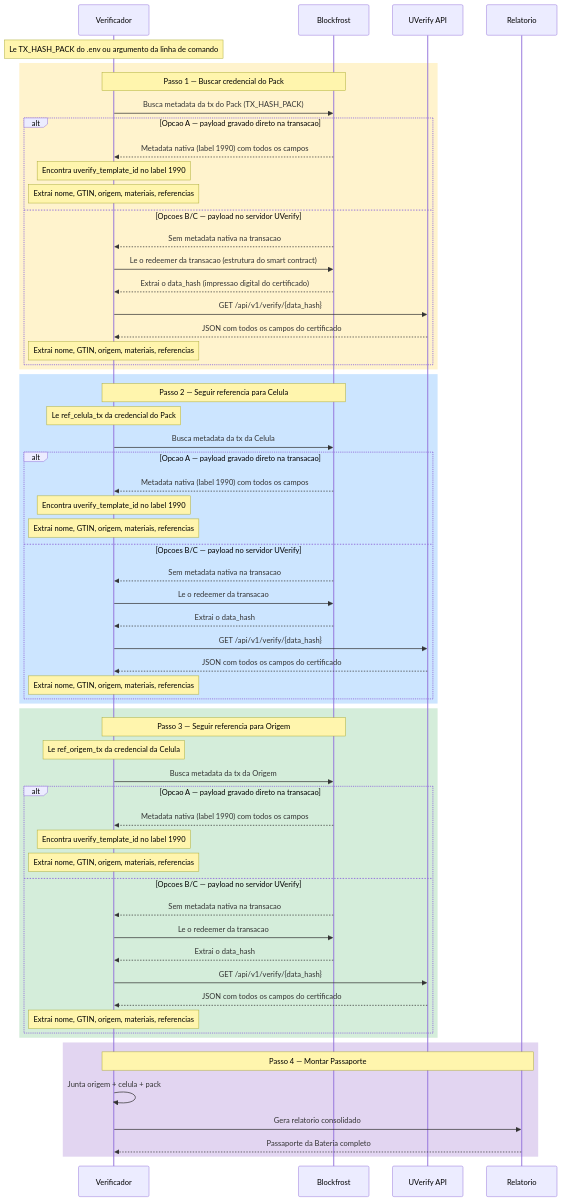
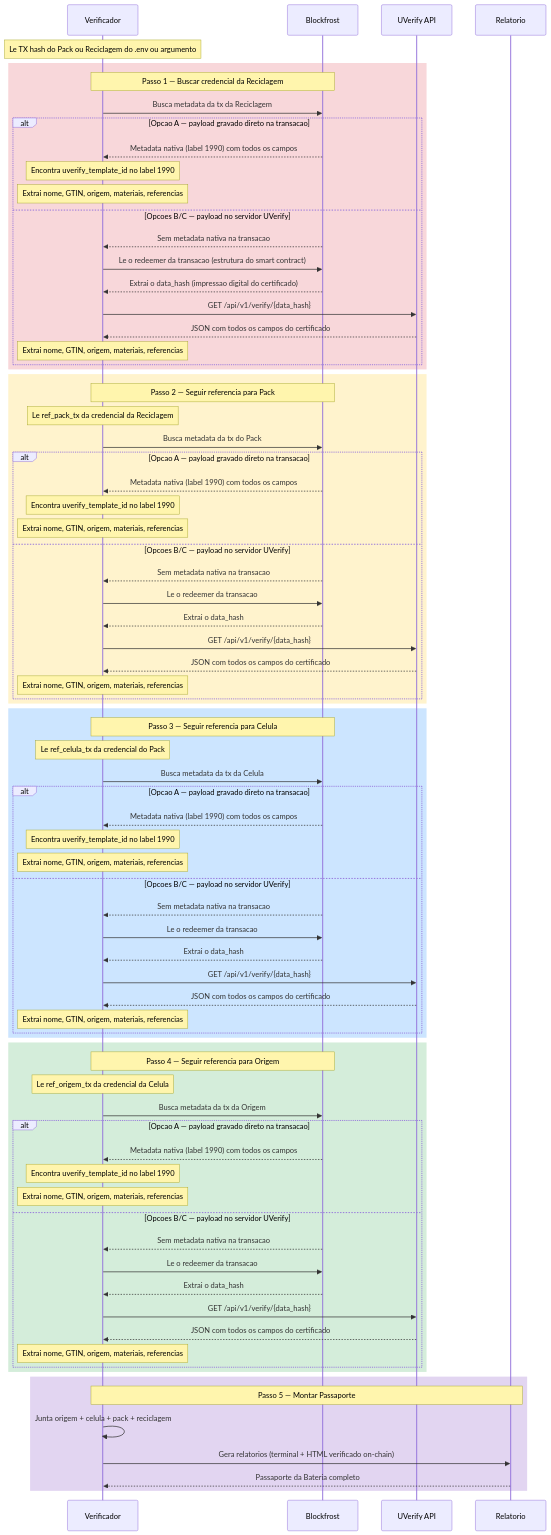
One commit to darlisagc/cardano-battery-passport changed the fifth of 6 diagrams in arquitetura-dpp.md. Above: the diagram before and after it, drawn with Mermaid.

Commit message:
Add reciclagem step to verificador sequence diagram
Now shows 5 steps: Reciclagem -> Pack -> Celula -> Origem -> Relatorios.
Entry point updated to accept TX hash from Pack or Reciclagem.

````diff
--- a/arquitetura-dpp.md
+++ b/arquitetura-dpp.md
@@ -298,11 +298,11 @@
     participant UV as UVerify API
     participant R as Relatorio
 
-    Note over V: Le TX_HASH_PACK do .env ou argumento da linha de comando
+    Note over V: Le TX hash do Pack ou Reciclagem do .env ou argumento
 
-    rect rgb(255, 243, 205)
-    Note over V,BF: Passo 1 — Buscar credencial do Pack
-    V->>BF: Busca metadata da tx do Pack (TX_HASH_PACK)
+    rect rgb(248, 215, 218)
+    Note over V,BF: Passo 1 — Buscar credencial da Reciclagem
+    V->>BF: Busca metadata da tx da Reciclagem
     alt Opcao A — payload gravado direto na transacao
         BF-->>V: Metadata nativa (label 1990) com todos os campos
         Note over V: Encontra uverify_template_id no label 1990
@@ -317,8 +317,26 @@
     end
     end
 
+    rect rgb(255, 243, 205)
+    Note over V,BF: Passo 2 — Seguir referencia para Pack
+    Note over V: Le ref_pack_tx da credencial da Reciclagem
+    V->>BF: Busca metadata da tx do Pack
+    alt Opcao A — payload gravado direto na transacao
+        BF-->>V: Metadata nativa (label 1990) com todos os campos
+        Note over V: Encontra uverify_template_id no label 1990
+        Note over V: Extrai nome, GTIN, origem, materiais, referencias
+    else Opcoes B/C — payload no servidor UVerify
+        BF-->>V: Sem metadata nativa na transacao
+        V->>BF: Le o redeemer da transacao
+        BF-->>V: Extrai o data_hash
+        V->>UV: GET /api/v1/verify/{data_hash}
+        UV-->>V: JSON com todos os campos do certificado
+        Note over V: Extrai nome, GTIN, origem, materiais, referencias
+    end
+    end
+
     rect rgb(204, 229, 255)
-    Note over V,BF: Passo 2 — Seguir referencia para Celula
+    Note over V,BF: Passo 3 — Seguir referencia para Celula
     Note over V: Le ref_celula_tx da credencial do Pack
     V->>BF: Busca metadata da tx da Celula
     alt Opcao A — payload gravado direto na transacao
@@ -336,7 +354,7 @@
     end
 
     rect rgb(212, 237, 218)
-    Note over V,BF: Passo 3 — Seguir referencia para Origem
+    Note over V,BF: Passo 4 — Seguir referencia para Origem
     Note over V: Le ref_origem_tx da credencial da Celula
     V->>BF: Busca metadata da tx da Origem
     alt Opcao A — payload gravado direto na transacao
@@ -354,9 +372,9 @@
     end
 
     rect rgb(226, 213, 241)
-    Note over V,R: Passo 4 — Montar Passaporte
-    V->>V: Junta origem + celula + pack
-    V->>R: Gera relatorio consolidado
+    Note over V,R: Passo 5 — Montar Passaporte
+    V->>V: Junta origem + celula + pack + reciclagem
+    V->>R: Gera relatorios (terminal + HTML verificado on-chain)
     R-->>V: Passaporte da Bateria completo
     end
 ```
````
